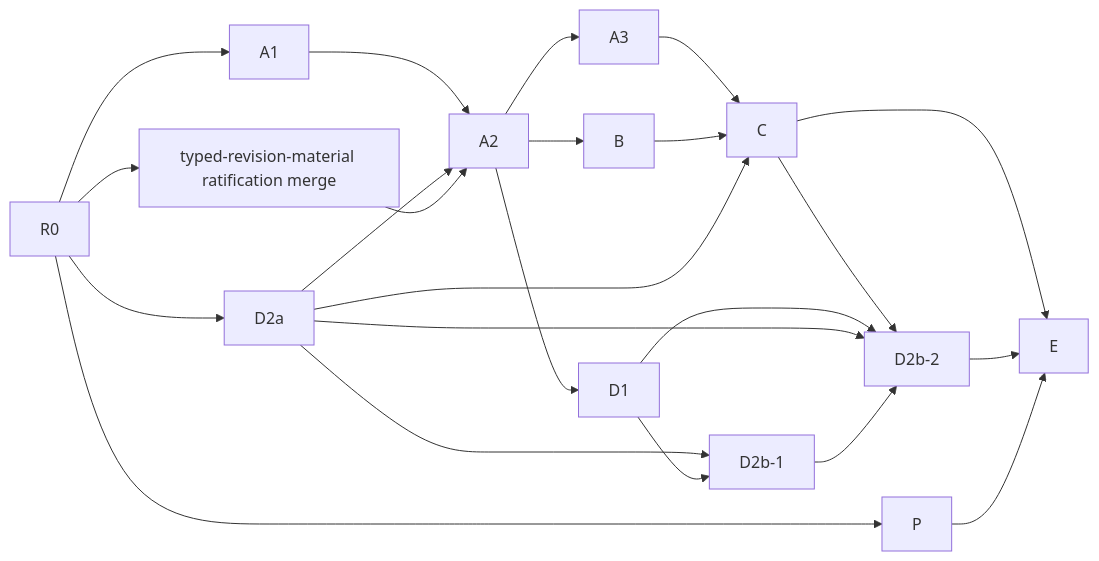
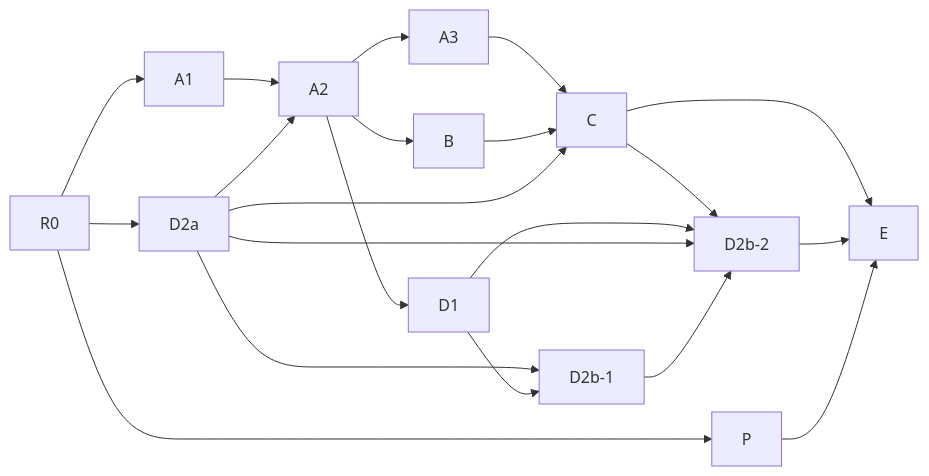
Before and after one commit to kazormia296/Grimodex: the diagram in docs/plans/nir1-l6-l9-execution-plan.md, drawn with Mermaid. The commit also changed other lines of this file and 3 other files, not shown here.

Commit message:
docs(nir1): mark typed revision contract effective (#584)

````diff
--- a/docs/plans/nir1-l6-l9-execution-plan.md
+++ b/docs/plans/nir1-l6-l9-execution-plan.md
@@ -296,22 +296,20 @@
 ```mermaid
 flowchart LR
   R0 --> D2a
   R0 --> A1
-  R0 --> TR[typed-revision-material ratification merge]
   A1 --> A2
   D2a --> A2
-  TR --> A2
   A2 --> A3 --> C
   A2 --> B --> C
   A2 --> D1
   D2a --> C
   D2a --> D2b1[D2b-1]
   D1 --> D2b1
   C --> D2b2[D2b-2]
   D1 --> D2b2
   D2a --> D2b2
   D2b1 --> D2b2
   C --> E
   D2b2 --> E
   R0 --> P --> E
 ```
````
